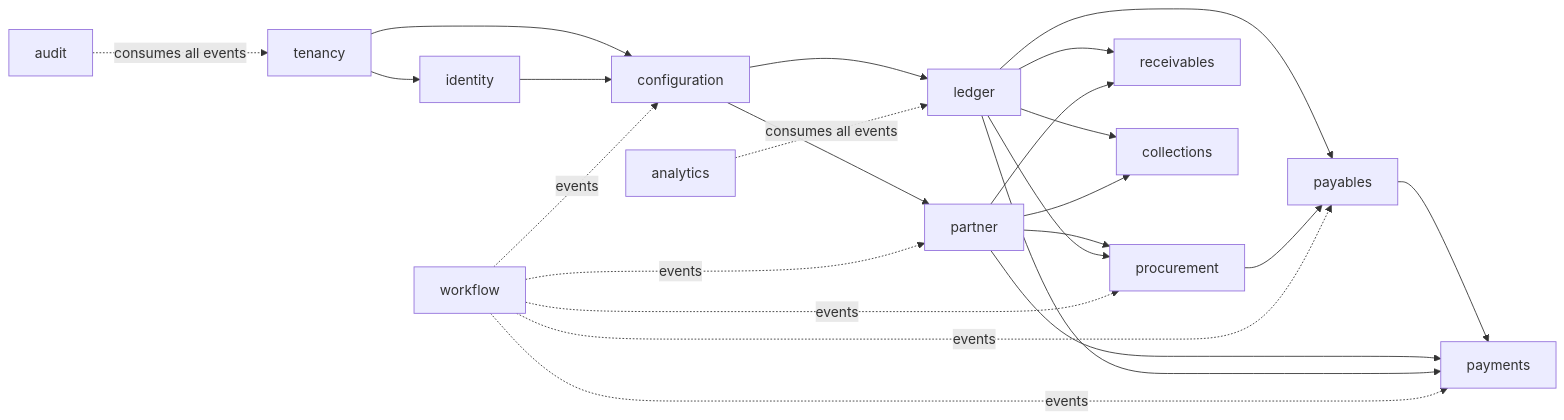
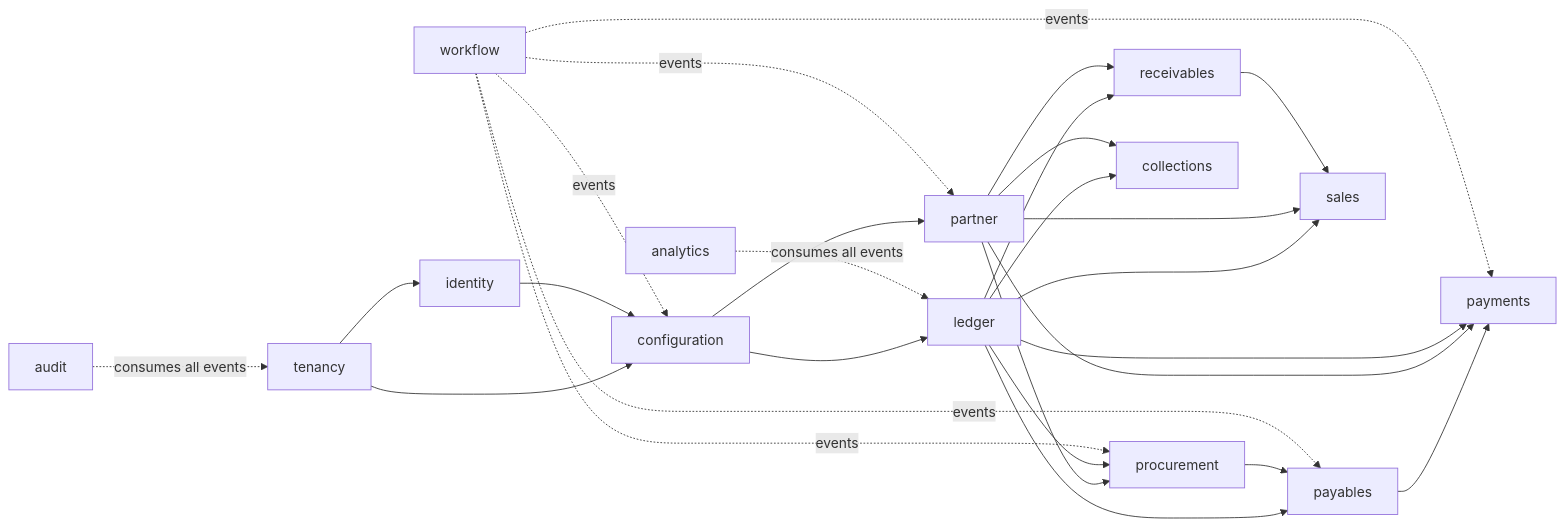
The first of 2 diagrams in docs/design/02-architecture.md (mustie7iy/agentic-erp), drawn with Mermaid before and after one commit. The commit also changed other lines of this file and 45 other files, not shown here.

````diff
--- a/docs/design/02-architecture.md
+++ b/docs/design/02-architecture.md
@@ -67,26 +67,29 @@
 ```mermaid
 flowchart LR
   tenancy --> identity
   tenancy --> configuration
   identity --> configuration
   configuration --> partner
   configuration --> ledger
   partner --> procurement
   ledger --> procurement
   ledger --> payables
   procurement --> payables
   ledger --> receivables
   partner --> receivables
+  ledger --> sales
+  partner --> sales
+  receivables --> sales
   ledger --> collections
   partner --> collections
   payables --> payments
   partner --> payments
   ledger --> payments
   workflow -.events.-> procurement
   workflow -.events.-> payables
   workflow -.events.-> payments
   workflow -.events.-> partner
   workflow -.events.-> configuration
   audit -.consumes all events.-> tenancy
   analytics -.consumes all events.-> ledger
 ```
````
